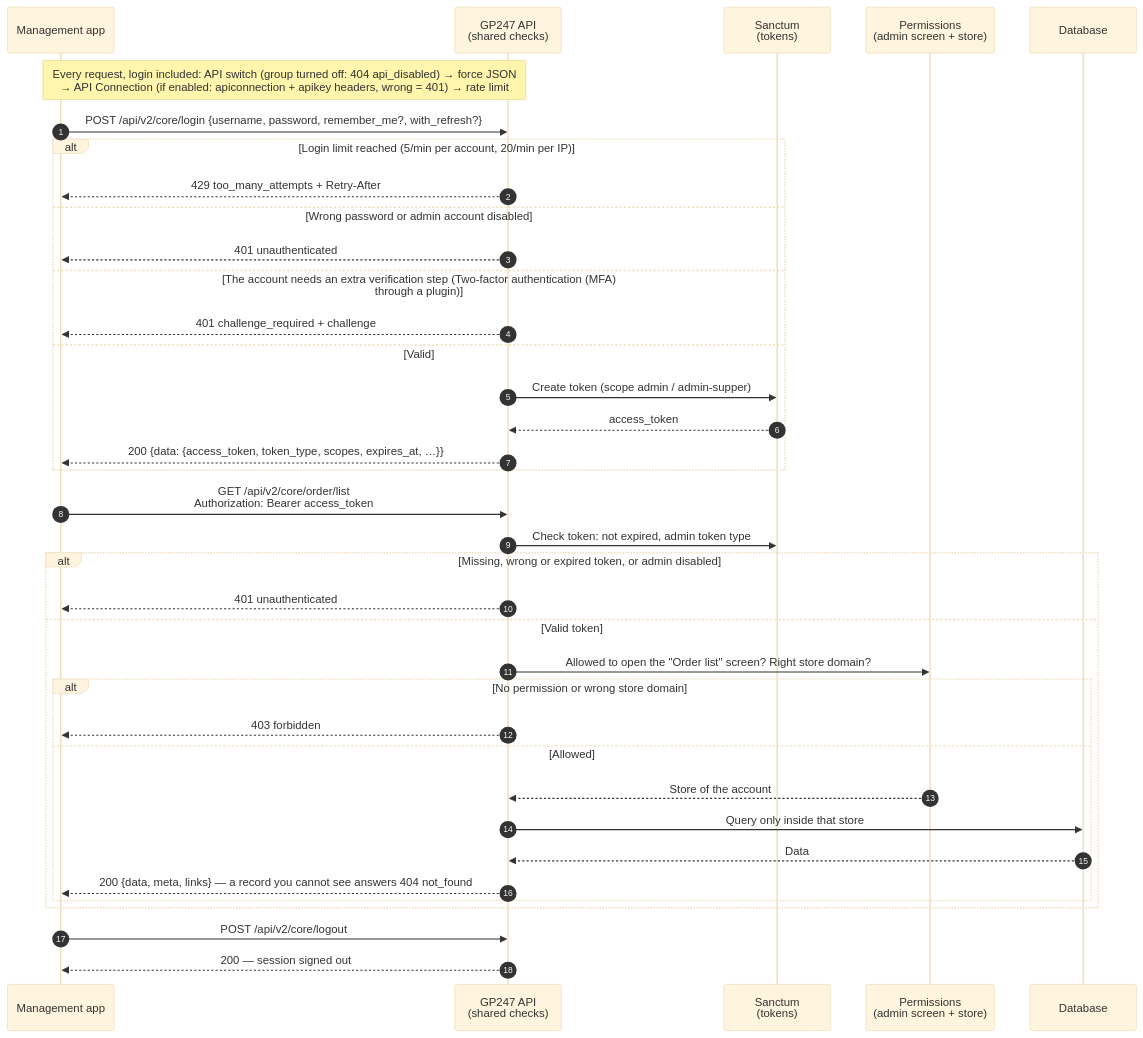
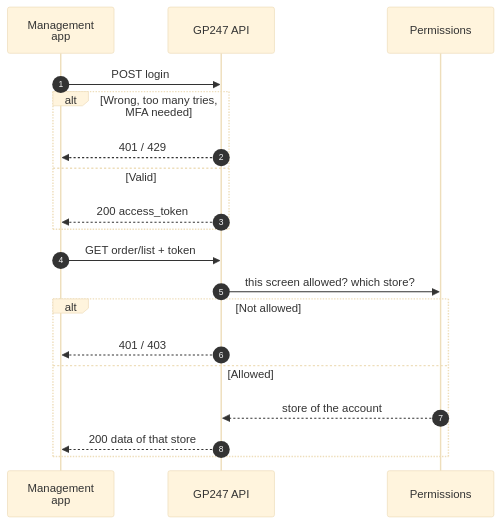
The first of 2 diagrams in api/api-admin.md (gp247net/gp247-docs), drawn with Mermaid (base theme) before and after one commit. The commit also changed other lines of this file and 44 other files, not shown here.

First line of the commit message:
docs: redraw oversized diagrams in security, API and MCP docs (vi/en/ja)

````diff
--- a/api/api-admin.md
+++ b/api/api-admin.md
@@ -17,39 +19,21 @@
 ```mermaid
 sequenceDiagram
     autonumber
-    participant A as Management app
-    participant M as GP247 API<br/>(shared checks)
-    participant S as Sanctum<br/>(tokens)
-    participant Q as Permissions<br/>(admin screen + store)
-    participant D as Database
-    Note over A,M: Every request, login included: API switch (group turned off: 404 api_disabled) → force JSON<br/>→ API Connection (if enabled: apiconnection + apikey headers, wrong = 401) → rate limit
-    A->>M: POST /api/v2/core/login {username, password, remember_me?, with_refresh?}
-    alt Login limit reached (5/min per account, 20/min per IP)
-        M-->>A: 429 too_many_attempts + Retry-After
-    else Wrong password or admin account disabled
-        M-->>A: 401 unauthenticated
-    else The account needs an extra verification step (Two-factor authentication (MFA) through a plugin)
-        M-->>A: 401 challenge_required + challenge
+    participant A as Management<br/>app
+    participant M as GP247 API
+    participant Q as Permissions
+    A->>M: POST login
+    alt Wrong, too many tries, MFA needed
+        M-->>A: 401 / 429
     else Valid
-        M->>S: Create token (scope admin / admin-supper)
-        S-->>M: access_token
-        M-->>A: 200 {data: {access_token, token_type, scopes, expires_at, …}}
+        M-->>A: 200 access_token
     end
-    A->>M: GET /api/v2/core/order/list<br/>Authorization: Bearer access_token
-    M->>S: Check token: not expired, admin token type
-    alt Missing, wrong or expired token, or admin disabled
-        M-->>A: 401 unauthenticated
-    else Valid token
-        M->>Q: Allowed to open the "Order list" screen? Right store domain?
-        alt No permission or wrong store domain
-            M-->>A: 403 forbidden
-        else Allowed
-            Q-->>M: Store of the account
-            M->>D: Query only inside that store
-            D-->>M: Data
-            M-->>A: 200 {data, meta, links} — a record you cannot see answers 404 not_found
-        end
+    A->>M: GET order/list + token
+    M->>Q: this screen allowed? which store?
+    alt Not allowed
+        M-->>A: 401 / 403
+    else Allowed
+        Q-->>M: store of the account
+        M-->>A: 200 data of that store
     end
-    A->>M: POST /api/v2/core/logout
-    M-->>A: 200 — session signed out
 ```
````
